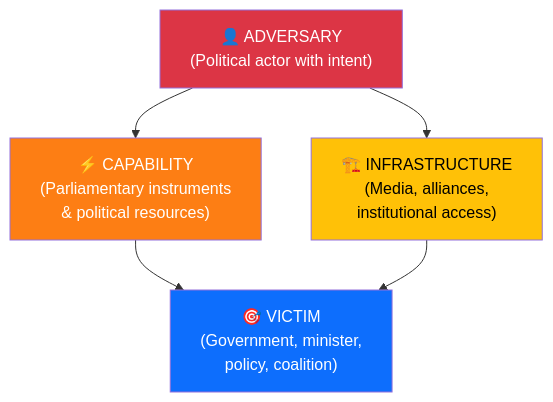
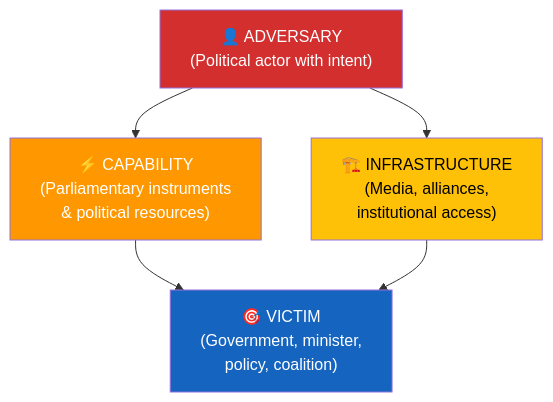
Before and after one commit to Hack23/riksdagsmonitor: the fourth of 11 diagrams in analysis/methodologies/political-threat-framework.md, drawn with Mermaid. The commit also changed other lines of this file and 14 other files, not shown here.

First line of the commit message:
Align analysis/ mermaid diagrams with ISMS Style Guide palette and convert SWOT to quadrantChart

````diff
--- a/analysis/methodologies/political-threat-framework.md
+++ b/analysis/methodologies/political-threat-framework.md
@@ -191,17 +191,17 @@
 ```mermaid
 graph TD
     ADV["👤 ADVERSARY<br/>(Political actor with intent)"]
     CAP["⚡ CAPABILITY<br/>(Parliamentary instruments<br/>& political resources)"]
     INF["🏗️ INFRASTRUCTURE<br/>(Media, alliances,<br/>institutional access)"]
     VIC["🎯 VICTIM<br/>(Government, minister,<br/>policy, coalition)"]
 
     ADV --> CAP
     ADV --> INF
     CAP --> VIC
     INF --> VIC
 
-    style ADV fill:#dc3545,color:#fff
-    style CAP fill:#fd7e14,color:#fff
-    style INF fill:#ffc107,color:#000
-    style VIC fill:#0d6efd,color:#fff
+    style ADV fill:#D32F2F,color:#FFFFFF
+    style CAP fill:#FF9800,color:#FFFFFF
+    style INF fill:#FFC107,color:#000000
+    style VIC fill:#1565C0,color:#FFFFFF
 ```
````
